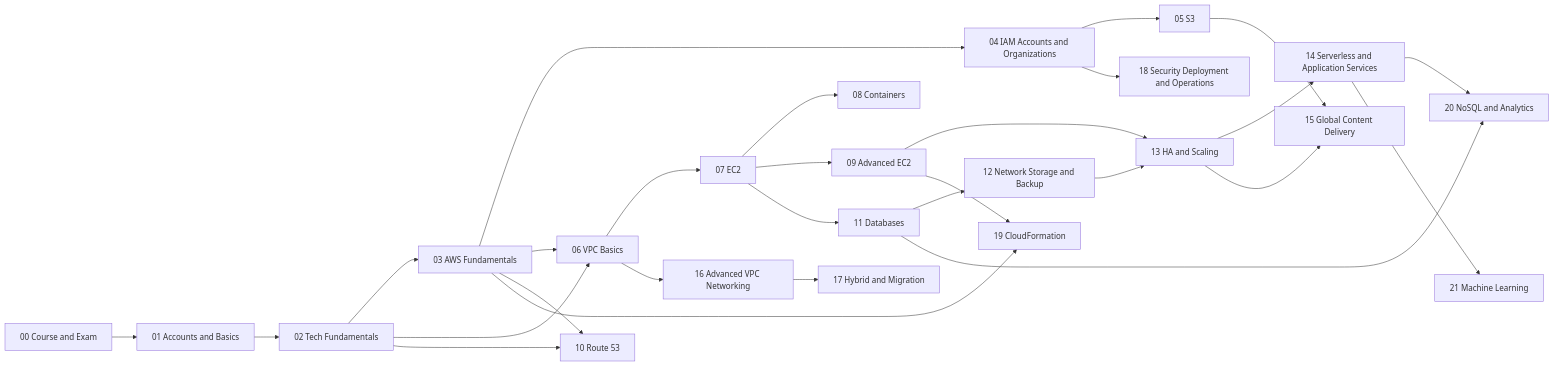
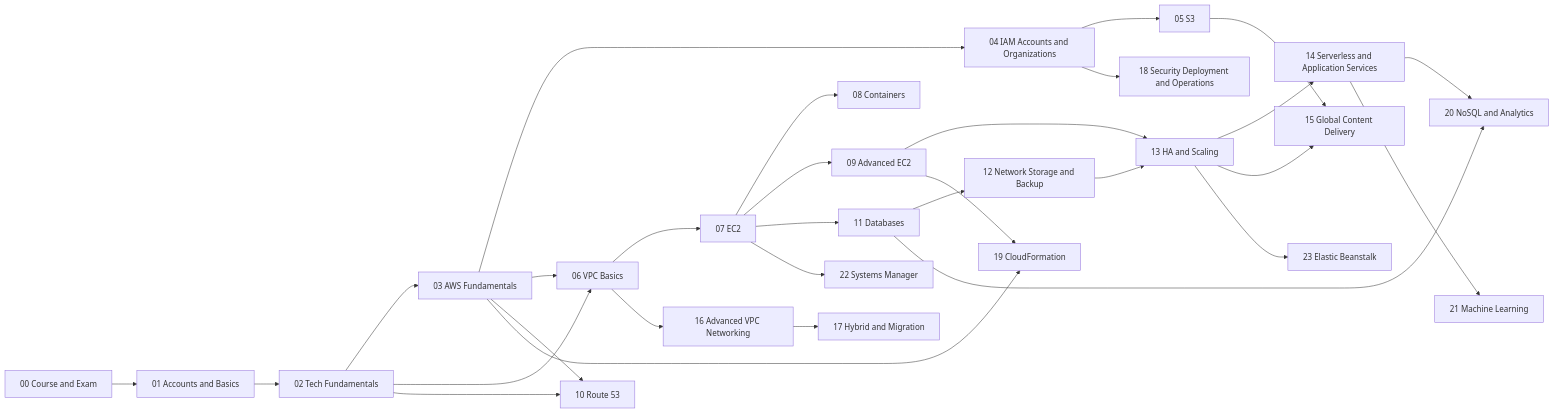
Before and after one commit to hairbui76/aws-saa-c03: the diagram in data/00 Home.md, drawn with Mermaid. The commit also changed other lines of this file and 55 other files, not shown here.

````diff
--- a/data/00 Home.md
+++ b/data/00 Home.md
@@ -46,52 +48,56 @@
 ```mermaid
 flowchart LR
   S00["00 Course and Exam"]
   S01["01 Accounts and Basics"]
   S02["02 Tech Fundamentals"]
   S03["03 AWS Fundamentals"]
   S04["04 IAM Accounts and Organizations"]
   S05["05 S3"]
   S06["06 VPC Basics"]
   S07["07 EC2"]
   S08["08 Containers"]
   S09["09 Advanced EC2"]
   S10["10 Route 53"]
   S11["11 Databases"]
   S12["12 Network Storage and Backup"]
   S13["13 HA and Scaling"]
   S14["14 Serverless and Application Services"]
   S15["15 Global Content Delivery"]
   S16["16 Advanced VPC Networking"]
   S17["17 Hybrid and Migration"]
   S18["18 Security Deployment and Operations"]
   S19["19 CloudFormation"]
   S20["20 NoSQL and Analytics"]
   S21["21 Machine Learning"]
+  S22["22 Systems Manager"]
+  S23["23 Elastic Beanstalk"]
   S00 --> S01
   S01 --> S02
   S02 --> S03
   S03 --> S04
   S04 --> S05
   S03 --> S06
   S06 --> S07
   S07 --> S08
   S07 --> S09
   S03 --> S10
   S07 --> S11
   S11 --> S12
   S09 --> S13
   S12 --> S13
   S13 --> S14
   S05 --> S15
   S13 --> S15
   S06 --> S16
   S16 --> S17
   S04 --> S18
   S03 --> S19
   S09 --> S19
   S11 --> S20
   S14 --> S20
   S14 --> S21
   S02 --> S06
   S02 --> S10
+  S07 --> S22
+  S13 --> S23
 ```
````
